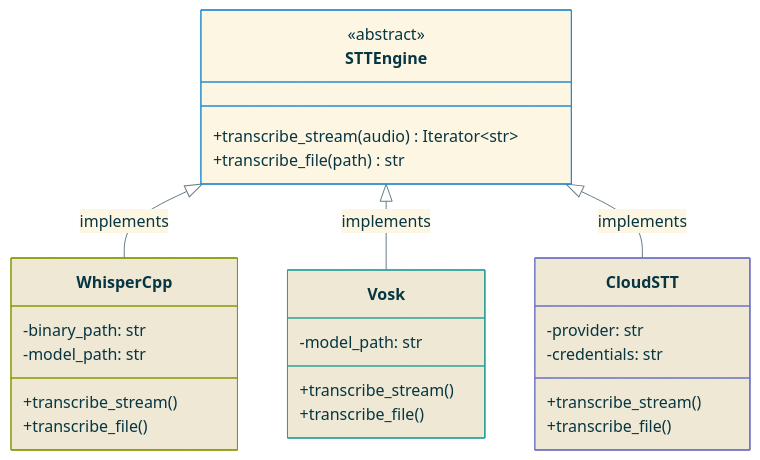
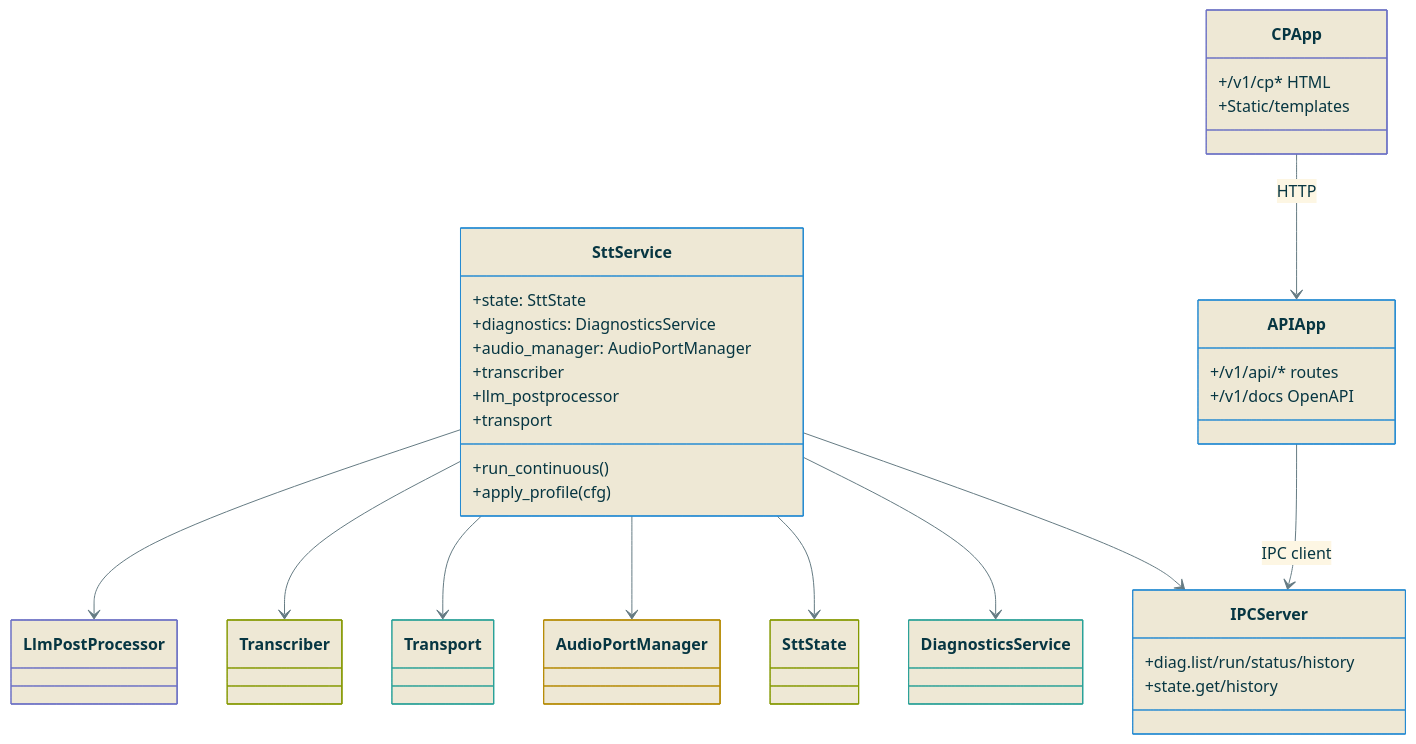
Before and after one commit to cprima-homelab/dictacode: the third of 18 diagrams in docs/diagrams.md, drawn with Mermaid. The commit also changed other lines of this file and 3 other files, not shown here.

First line of the commit message:
Add architecture plans v0.3.10-v0.3.11 and code map tool

````diff
--- a/docs/diagrams.md
+++ b/docs/diagrams.md
@@ -62,35 +78,53 @@
 ```mermaid
 %%{init: {'theme': 'base', 'themeVariables': { 'primaryColor': '#fdf6e3', 'primaryTextColor': '#073642', 'primaryBorderColor': '#268bd2', 'lineColor': '#657b83', 'classText': '#073642'}}}%%
 classDiagram
-    class STTEngine {
-        <<abstract>>
-        +transcribe_stream(audio) Iterator~str~
-        +transcribe_file(path) str
+    class SttService {
+        +state: SttState
+        +diagnostics: DiagnosticsService
+        +audio_manager: AudioPortManager
+        +transcriber
+        +llm_postprocessor
+        +transport
+        +run_continuous()
+        +apply_profile(cfg)
     }
-    class WhisperCpp {
-        -binary_path: str
-        -model_path: str
-        +transcribe_stream()
-        +transcribe_file()
+    class IPCServer {
+        +diag.list/run/status/history
+        +state.get/history
     }
-    class Vosk {
-        -model_path: str
-        +transcribe_stream()
-        +transcribe_file()
+    class APIApp {
+        +/v1/api/* routes
+        +/v1/docs OpenAPI
     }
-    class CloudSTT {
-        -provider: str
-        -credentials: str
-        +transcribe_stream()
-        +transcribe_file()
+    class CPApp {
+        +/v1/cp* HTML
+        +Static/templates
     }
+    class DiagnosticsService
+    class SttState
+    class AudioPortManager
+    class Transport
+    class Transcriber
+    class LlmPostProcessor
 
-    STTEngine <|-- WhisperCpp : implements
-    STTEngine <|-- Vosk : implements
-    STTEngine <|-- CloudSTT : implements
+    SttService --> IPCServer
+    APIApp --> IPCServer : IPC client
+    CPApp --> APIApp : HTTP
+    SttService --> DiagnosticsService
+    SttService --> SttState
+    SttService --> AudioPortManager
+    SttService --> Transport
+    SttService --> Transcriber
+    SttService --> LlmPostProcessor
 
-    style STTEngine fill:#fdf6e3,stroke:#268bd2,color:#073642
-    style WhisperCpp fill:#eee8d5,stroke:#859900,color:#073642
-    style Vosk fill:#eee8d5,stroke:#2aa198,color:#073642
-    style CloudSTT fill:#eee8d5,stroke:#6c71c4,color:#073642
+    style SttService fill:#eee8d5,stroke:#268bd2,color:#073642
+    style IPCServer fill:#eee8d5,stroke:#268bd2,color:#073642
+    style APIApp fill:#eee8d5,stroke:#268bd2,color:#073642
+    style CPApp fill:#eee8d5,stroke:#6c71c4,color:#073642
+    style DiagnosticsService fill:#eee8d5,stroke:#2aa198,color:#073642
+    style SttState fill:#eee8d5,stroke:#859900,color:#073642
+    style AudioPortManager fill:#eee8d5,stroke:#b58900,color:#073642
+    style Transport fill:#eee8d5,stroke:#2aa198,color:#073642
+    style Transcriber fill:#eee8d5,stroke:#859900,color:#073642
+    style LlmPostProcessor fill:#eee8d5,stroke:#6c71c4,color:#073642
 ```
````
